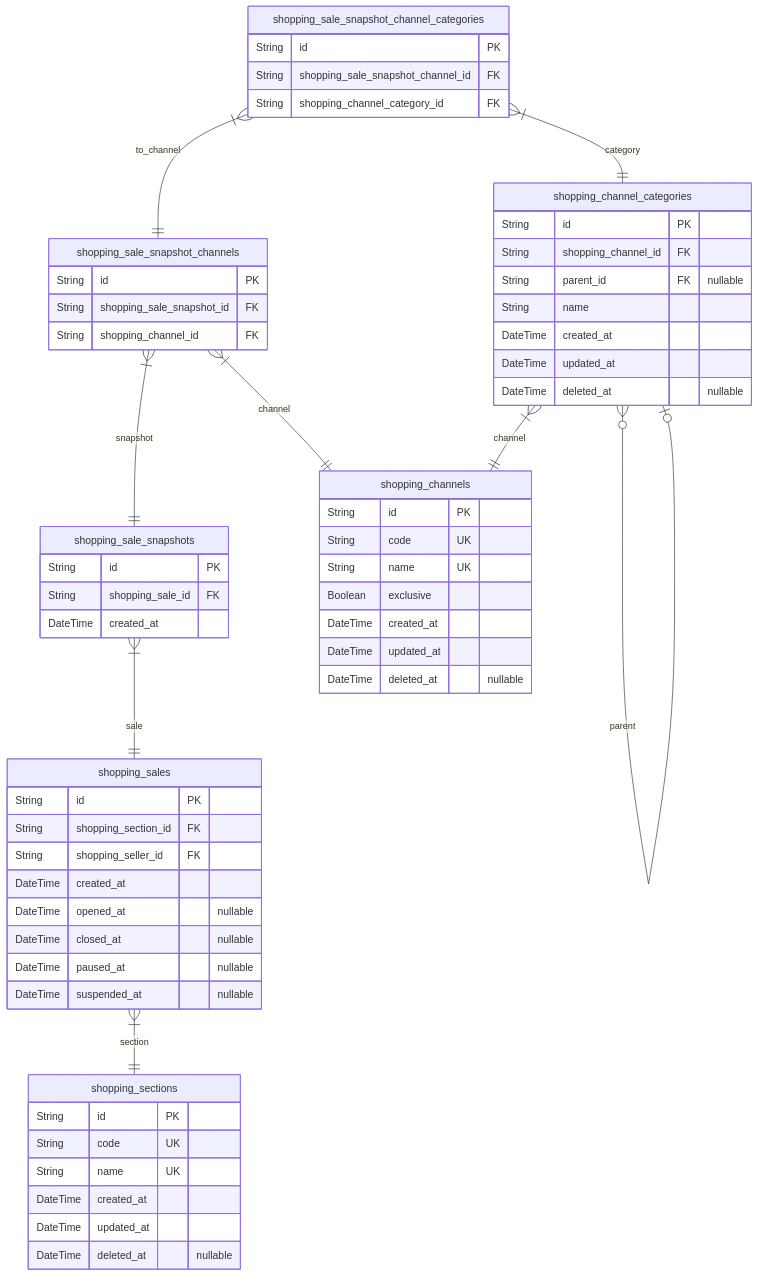
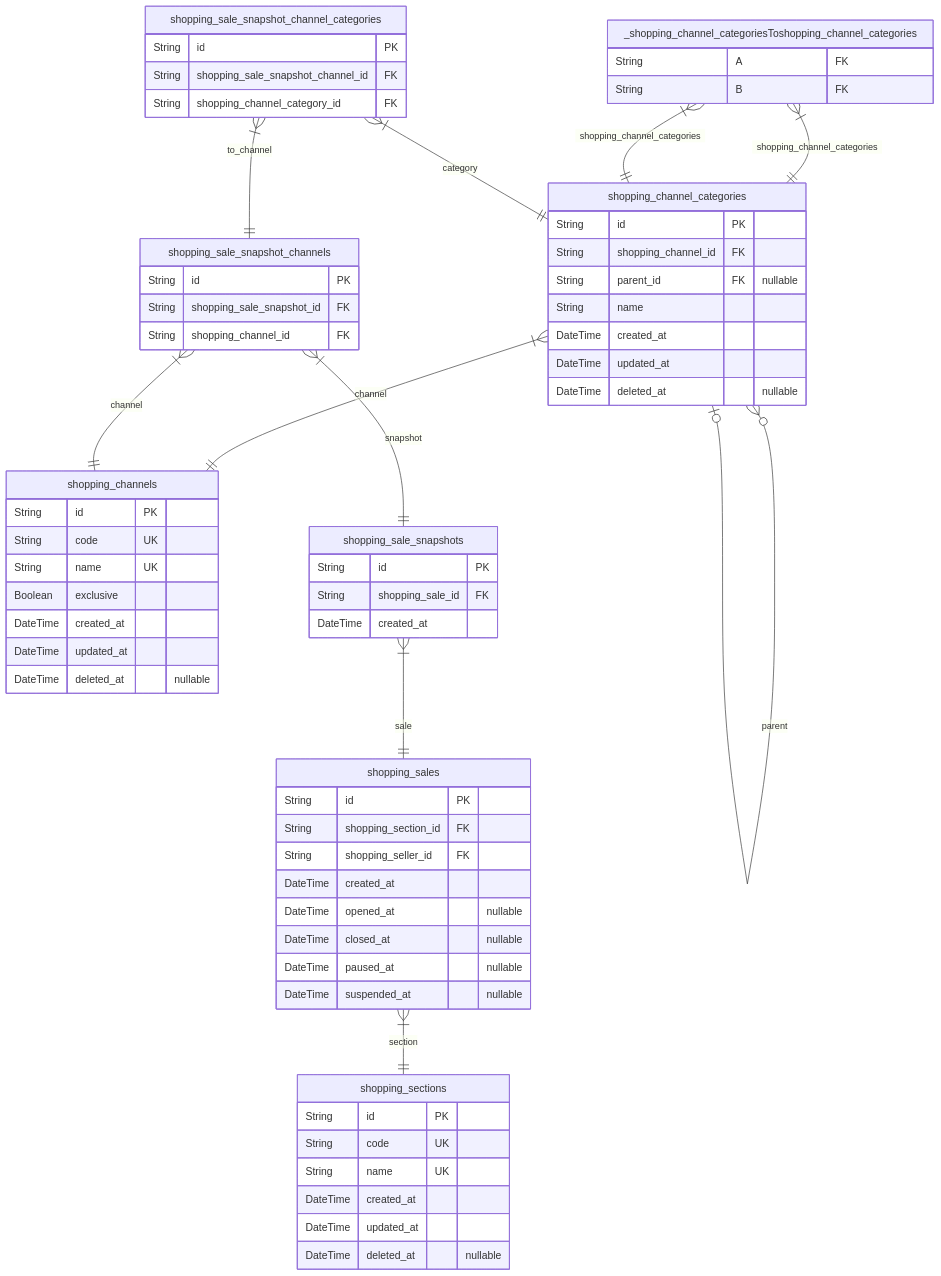
One commit to samchon/prisma-markdown changed the second of 10 diagrams in ERD.md. Above: the diagram before and after it, drawn with Mermaid. The commit also changed other lines of this file and 7 other files, not shown here.

````diff
--- a/ERD.md
+++ b/ERD.md
@@ -233,62 +246,68 @@
 ```mermaid
 erDiagram
-shopping_channels {
+"shopping_channels" {
     String id PK
     String code UK
     String name UK
     Boolean exclusive
     DateTime created_at
     DateTime updated_at
     DateTime deleted_at "nullable"
 }
-shopping_channel_categories {
+"shopping_channel_categories" {
     String id PK
     String shopping_channel_id FK
     String parent_id FK "nullable"
     String name
     DateTime created_at
     DateTime updated_at
     DateTime deleted_at "nullable"
 }
-shopping_sections {
+"shopping_sections" {
     String id PK
     String code UK
     String name UK
     DateTime created_at
     DateTime updated_at
     DateTime deleted_at "nullable"
 }
-shopping_sales {
+"_shopping_channel_categoriesToshopping_channel_categories" {
+    String A FK
+    String B FK
+}
+"shopping_sales" {
     String id PK
     String shopping_section_id FK
     String shopping_seller_id FK
     DateTime created_at
     DateTime opened_at "nullable"
     DateTime closed_at "nullable"
     DateTime paused_at "nullable"
     DateTime suspended_at "nullable"
 }
-shopping_sale_snapshots {
+"shopping_sale_snapshots" {
     String id PK
     String shopping_sale_id FK
     DateTime created_at
 }
-shopping_sale_snapshot_channels {
+"shopping_sale_snapshot_channels" {
     String id PK
     String shopping_sale_snapshot_id FK
     String shopping_channel_id FK
 }
-shopping_sale_snapshot_channel_categories {
+"shopping_sale_snapshot_channel_categories" {
     String id PK
     String shopping_sale_snapshot_channel_id FK
     String shopping_channel_category_id FK
 }
-shopping_channel_categories }|--|| shopping_channels : channel
-shopping_channel_categories }o--o| shopping_channel_categories : parent
-shopping_sales }|--|| shopping_sections : section
-shopping_sale_snapshots }|--|| shopping_sales : sale
-shopping_sale_snapshot_channels }|--|| shopping_sale_snapshots : snapshot
-shopping_sale_snapshot_channels }|--|| shopping_channels : channel
-shopping_sale_snapshot_channel_categories }|--|| shopping_sale_snapshot_channels : to_channel
-shopping_sale_snapshot_channel_categories }|--|| shopping_channel_categories : category
+"shopping_channel_categories" }|--|| "shopping_channels" : channel
+"shopping_channel_categories" }o--o| "shopping_channel_categories" : parent
+"_shopping_channel_categoriesToshopping_channel_categories" }|--|| "shopping_channel_categories" : shopping_channel_categories
+"_shopping_channel_categoriesToshopping_channel_categories" }|--|| "shopping_channel_categories" : shopping_channel_categories
+"shopping_sales" }|--|| "shopping_sections" : section
+"shopping_sale_snapshots" }|--|| "shopping_sales" : sale
+"shopping_sale_snapshot_channels" }|--|| "shopping_sale_snapshots" : snapshot
+"shopping_sale_snapshot_channels" }|--|| "shopping_channels" : channel
+"shopping_sale_snapshot_channel_categories" }|--|| "shopping_sale_snapshot_channels" : to_channel
+"shopping_sale_snapshot_channel_categories" }|--|| "shopping_channel_categories" : category
 ```
````
